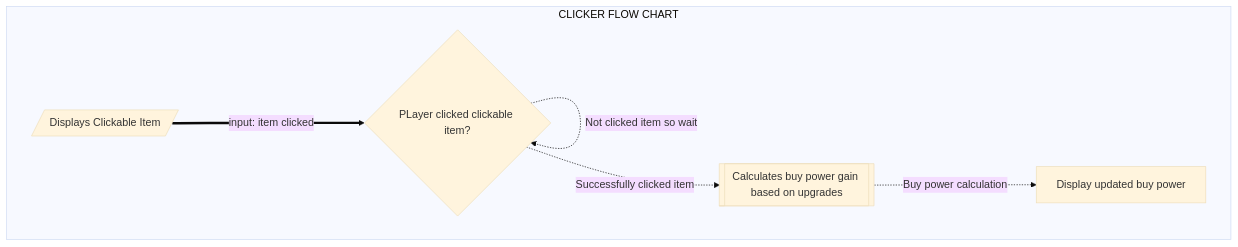
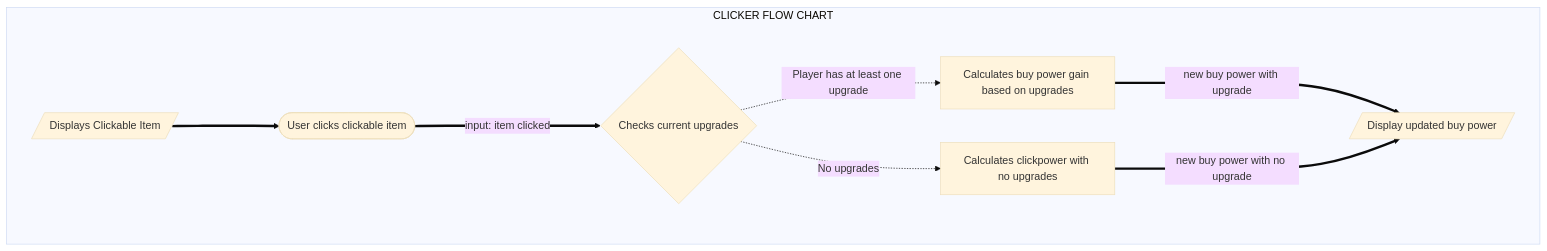
One commit to kaesotiric/money_clicker_game changed the first of 2 diagrams in clicker_project/flows.md. Above: the diagram before and after it, drawn with Mermaid (base theme). The commit also changed other lines of this file and 12 other files, not shown here.

````diff
--- a/clicker_project/flows.md
+++ b/clicker_project/flows.md
@@ -9,13 +9,19 @@
 ```mermaid
 flowchart TD
     subgraph CLICKER FLOW CHART
         display[/Displays Clickable Item/]
-        calculate[[Calculates buy power gain based on upgrades]]
-        updatedBP[Display updated buy power]
-        display-result{PLayer clicked clickable item?}
-        display ==input: item clicked===> display-result
-        display-result -.Successfully clicked item.-> calculate
-        display-result -.Not clicked item so wait.-> display-result
-        calculate-.Buy power calculation.->updatedBP
+        clickItem([User clicks clickable item])
+        calculate[Calculates buy power gain based on upgrades]
+        updatedBP[/Display updated buy power/]
+        display-result{Checks current upgrades}
+        noUpgrade[Calculates clickpower with no upgrades]
+        display===> clickItem
+        clickItem ==input: item clicked===> display-result
+        display-result -.Player has at least one upgrade.-> calculate
+        display-result -.No upgrades.-> noUpgrade
+        calculate==new buy power with upgrade===>updatedBP
+        noUpgrade==new buy power with no upgrade ===>updatedBP
+        
         end
+
 ```
````
